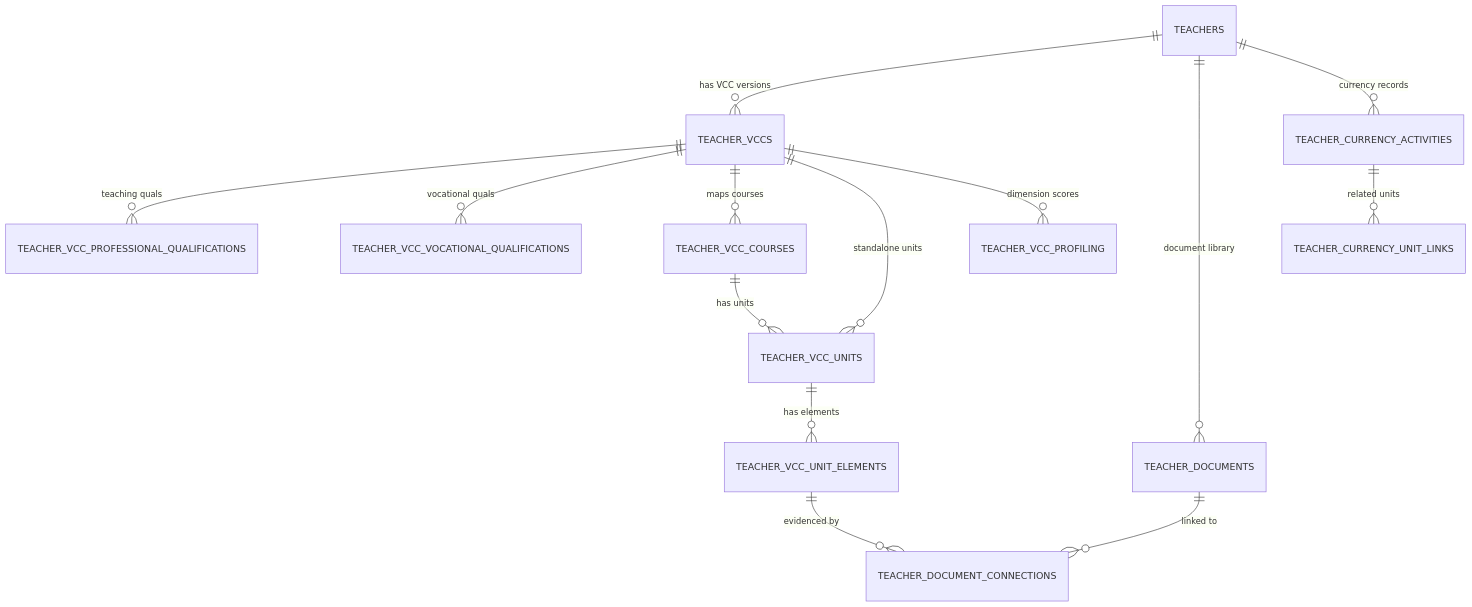
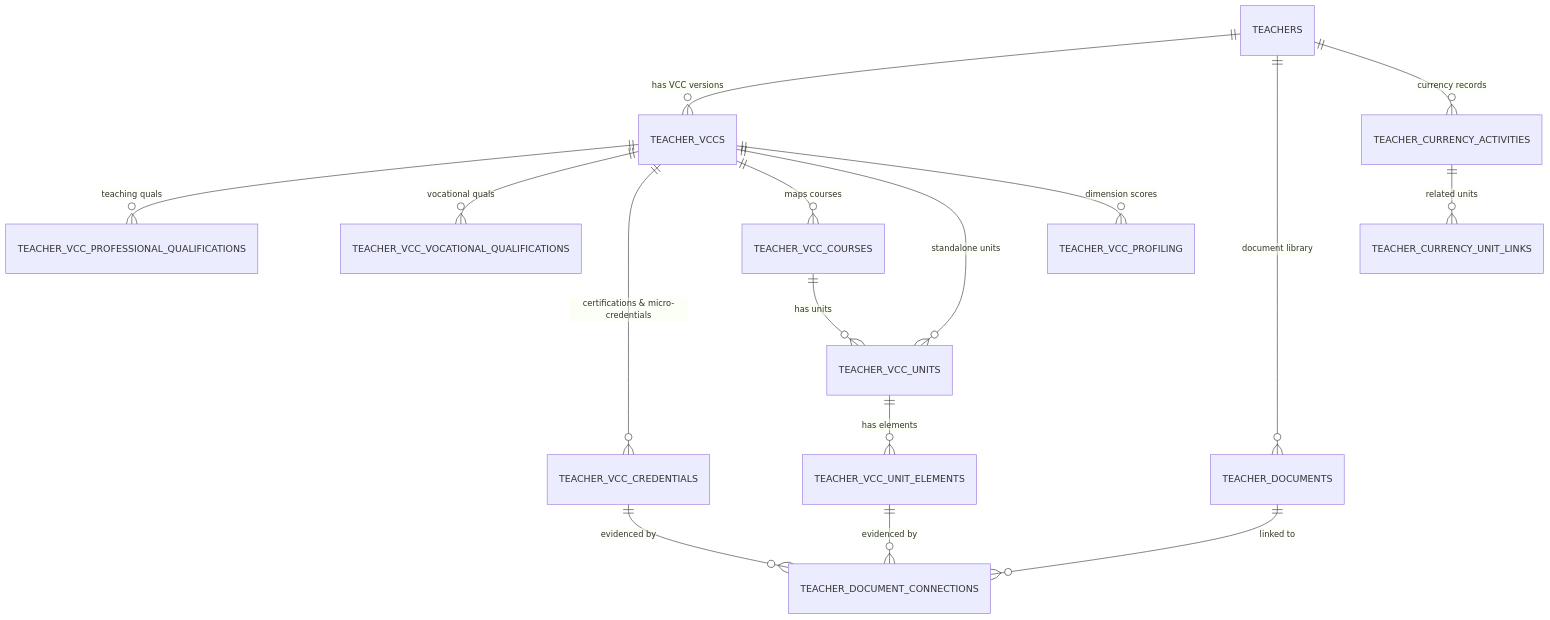
Diagram 13 of 15 in docs/DATABASE.md (harleycalvert/nvims), drawn with Mermaid before and after one commit. The commit also changed other lines of this file and 7 other files, not shown here.

````diff
--- a/docs/DATABASE.md
+++ b/docs/DATABASE.md
@@ -544,16 +547,18 @@
 ```mermaid
 erDiagram
     TEACHERS ||--o{ TEACHER_VCCS : "has VCC versions"
     TEACHER_VCCS ||--o{ TEACHER_VCC_PROFESSIONAL_QUALIFICATIONS : "teaching quals"
     TEACHER_VCCS ||--o{ TEACHER_VCC_VOCATIONAL_QUALIFICATIONS : "vocational quals"
+    TEACHER_VCCS ||--o{ TEACHER_VCC_CREDENTIALS : "certifications & micro-credentials"
     TEACHER_VCCS ||--o{ TEACHER_VCC_COURSES : "maps courses"
     TEACHER_VCC_COURSES ||--o{ TEACHER_VCC_UNITS : "has units"
     TEACHER_VCCS ||--o{ TEACHER_VCC_UNITS : "standalone units"
     TEACHER_VCC_UNITS ||--o{ TEACHER_VCC_UNIT_ELEMENTS : "has elements"
     TEACHERS ||--o{ TEACHER_DOCUMENTS : "document library"
     TEACHER_DOCUMENTS ||--o{ TEACHER_DOCUMENT_CONNECTIONS : "linked to"
     TEACHER_VCC_UNIT_ELEMENTS ||--o{ TEACHER_DOCUMENT_CONNECTIONS : "evidenced by"
+    TEACHER_VCC_CREDENTIALS ||--o{ TEACHER_DOCUMENT_CONNECTIONS : "evidenced by"
     TEACHERS ||--o{ TEACHER_CURRENCY_ACTIVITIES : "currency records"
     TEACHER_CURRENCY_ACTIVITIES ||--o{ TEACHER_CURRENCY_UNIT_LINKS : "related units"
     TEACHER_VCCS ||--o{ TEACHER_VCC_PROFILING : "dimension scores"
 ```
````
